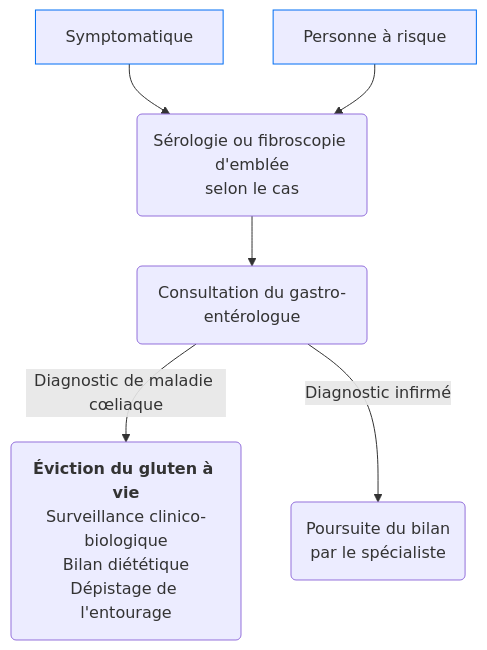
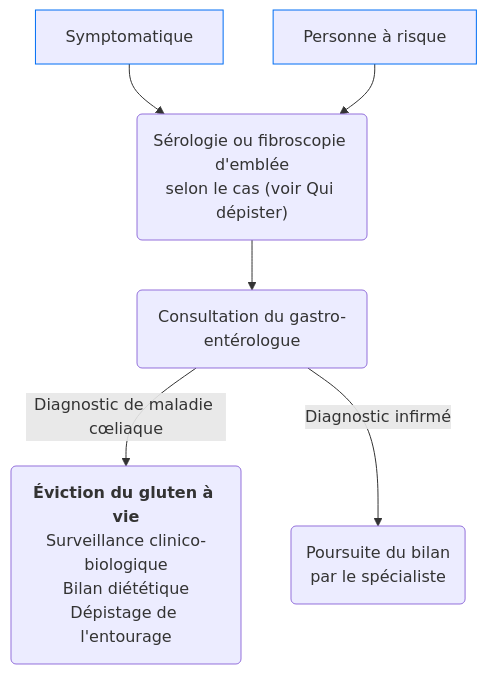
One commit to djibe/recommandations-medicales changed the diagram in content/recommandations/maladie-coeliaque.md. Above: the diagram before and after it, drawn with Mermaid. The commit also changed other lines of this file and 7 other files, not shown here.

```diff
--- a/content/recommandations/maladie-coeliaque.md
+++ b/content/recommandations/maladie-coeliaque.md
@@ -267,10 +268,10 @@
 {{< mermaid title="Conduite à tenir en cas de suspicion de maladie cœliaque. Dr JB FRON d'après EssCD 2019" >}}
 graph TB
-  symptomatique["Symptomatique"] --> examen("Sérologie ou fibroscopie d'emblée<br>selon le cas")
+  symptomatique[Symptomatique] --> examen("Sérologie ou fibroscopie d'emblée<br>selon le cas (voir Qui dépister) ")
   style symptomatique stroke:#006ef4, stroke-width:1px
-  personneARisque["Personne à risque"] --> examen
+  personneARisque[Personne à risque] --> examen
   style personneARisque stroke:#006ef4, stroke-width:1px
-    examen --> gastro("Consultation du gastro-entérologue")
+    examen --> gastro(Consultation du gastro-entérologue)
       gastro --"Diagnostic de maladie cœliaque"--> traitement("<b>Éviction du gluten à vie</b><br>Surveillance clinico-biologique<br>Bilan diététique<br>Dépistage de l'entourage")
       gastro --"Diagnostic infirmé"--> explo("Poursuite du bilan<br>par le spécialiste")
 {{< /mermaid >}}
```
